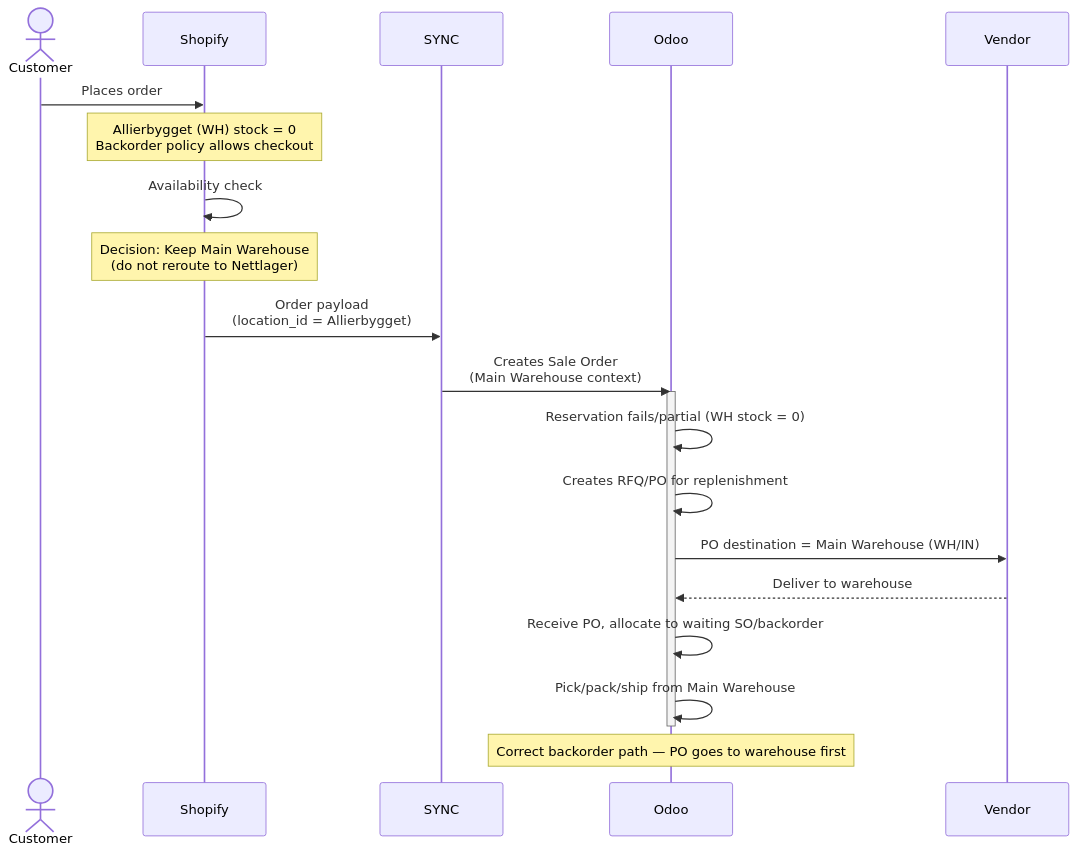
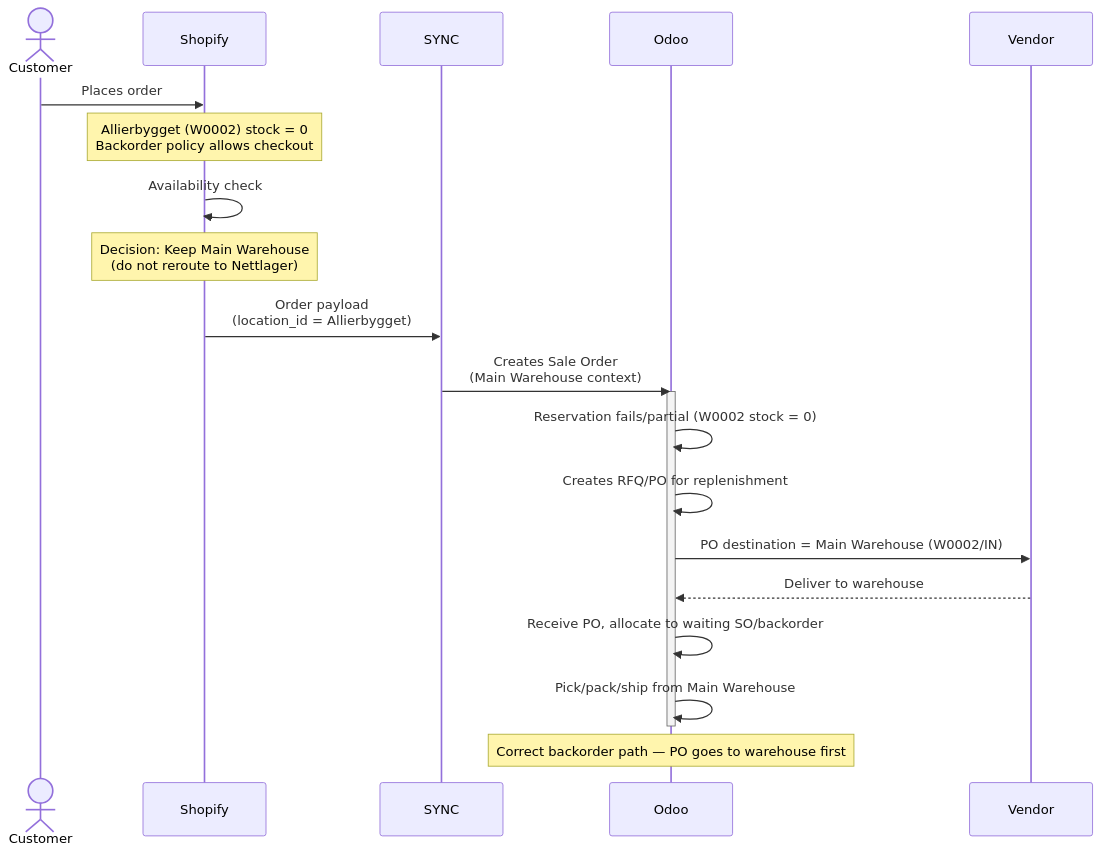
One commit to ozan-droid/documents changed the tenth of 16 diagrams in shopify-sync-odoo-scenarios.md. Above: the diagram before and after it, drawn with Mermaid. The commit also changed other lines of this file, not shown here.

````diff
--- a/shopify-sync-odoo-scenarios.md
+++ b/shopify-sync-odoo-scenarios.md
@@ -428,28 +428,28 @@
 ```mermaid
 sequenceDiagram
     actor Customer
     participant Shopify
     participant SYNC
     participant Odoo
 
     Customer->>Shopify: Places order
 
-    Note over Shopify: Allierbygget (WH) stock = 0<br/>Backorder policy allows checkout
+    Note over Shopify: Allierbygget (W0002) stock = 0<br/>Backorder policy allows checkout
 
     Shopify->>Shopify: Availability check
     Note over Shopify: Decision: Keep Main Warehouse<br/>(do not reroute to Nettlager)
 
     Shopify->>SYNC: Order payload<br/>(location_id = Allierbygget)
     SYNC->>Odoo: Creates Sale Order<br/>(Main Warehouse context)
 
     activate Odoo
-    Odoo->>Odoo: Reservation fails/partial (WH stock = 0)
+    Odoo->>Odoo: Reservation fails/partial (W0002 stock = 0)
     Odoo->>Odoo: Creates RFQ/PO for replenishment
-    Odoo->>Vendor: PO destination = Main Warehouse (WH/IN)
+    Odoo->>Vendor: PO destination = Main Warehouse (W0002/IN)
     Vendor-->>Odoo: Deliver to warehouse
     Odoo->>Odoo: Receive PO, allocate to waiting SO/backorder
     Odoo->>Odoo: Pick/pack/ship from Main Warehouse
     deactivate Odoo
 
     Note over Odoo: Correct backorder path — PO goes to warehouse first
 ```
````
